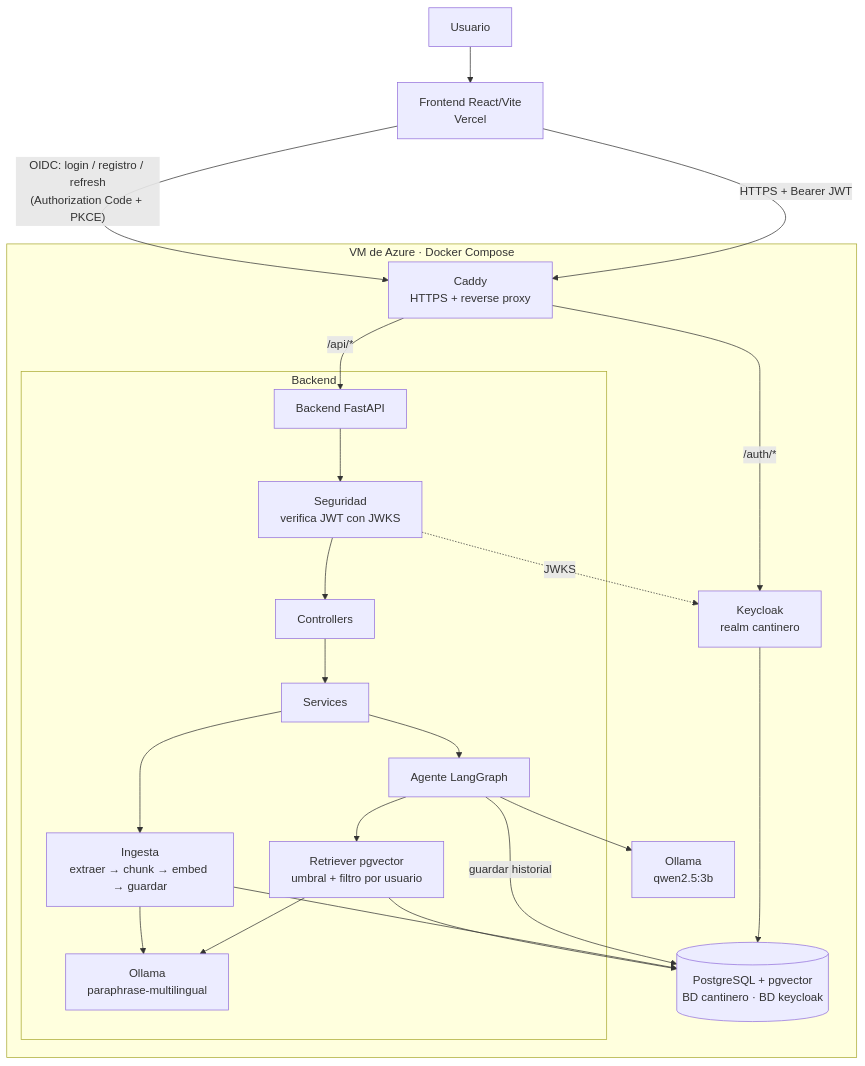
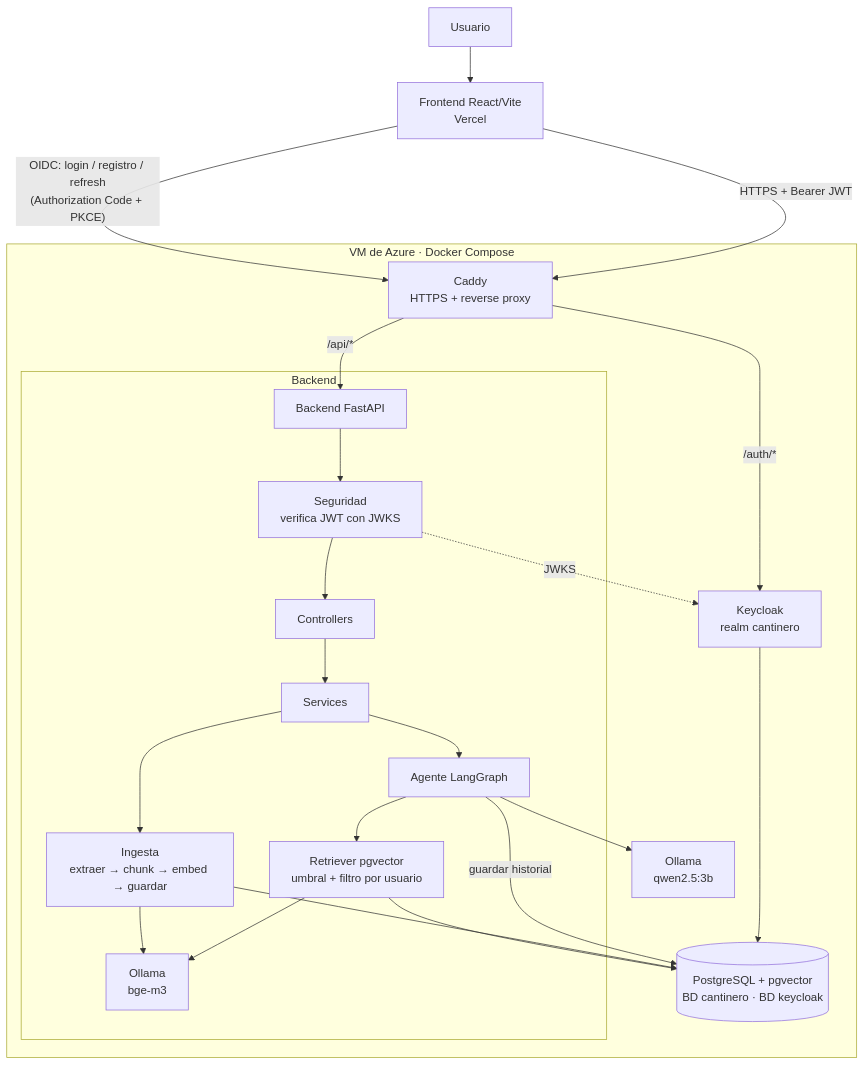
One commit to pgil766/cantinero changed the first of 3 diagrams in AGENTS.md. Above: the diagram before and after it, drawn with Mermaid. The commit also changed other lines of this file and 1 other file, not shown here.

Commit message:
docs: decisión bge-m3, revisión de la fase 2 y nuevas mediciones

````diff
--- a/AGENTS.md
+++ b/AGENTS.md
@@ -466,31 +466,31 @@
 ```mermaid
 flowchart TD
     U[Usuario] --> FE[Frontend React/Vite<br/>Vercel]
     FE -- "OIDC: login / registro / refresh<br/>(Authorization Code + PKCE)" --> CADDY
     FE -- "HTTPS + Bearer JWT" --> CADDY
 
     subgraph VM [VM de Azure · Docker Compose]
         CADDY[Caddy<br/>HTTPS + reverse proxy]
         CADDY -- "/auth/*" --> KC[Keycloak<br/>realm cantinero]
         CADDY -- "/api/*" --> API[Backend FastAPI]
 
         subgraph BACKEND [Backend]
             API --> SEC[Seguridad<br/>verifica JWT con JWKS]
             SEC --> CTRL[Controllers]
             CTRL --> SVC[Services]
             SVC --> ING[Ingesta<br/>extraer → chunk → embed → guardar]
             SVC --> AG[Agente LangGraph]
             AG --> RET[Retriever pgvector<br/>umbral + filtro por usuario]
-            ING --> EMB[Ollama<br/>paraphrase-multilingual]
+            ING --> EMB[Ollama<br/>bge-m3]
             RET --> EMB
         end
 
         AG --> OLL[Ollama<br/>qwen2.5:3b]
         SEC -. "JWKS" .-> KC
         PG[(PostgreSQL + pgvector<br/>BD cantinero · BD keycloak)]
         RET --> PG
         ING --> PG
         AG -- "guardar historial" --> PG
         KC --> PG
     end
 ```
````
